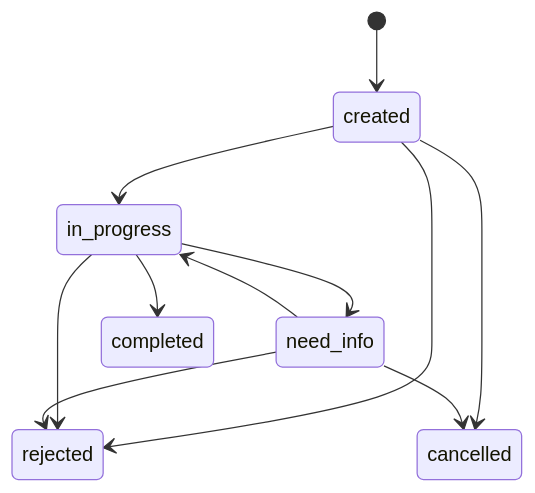
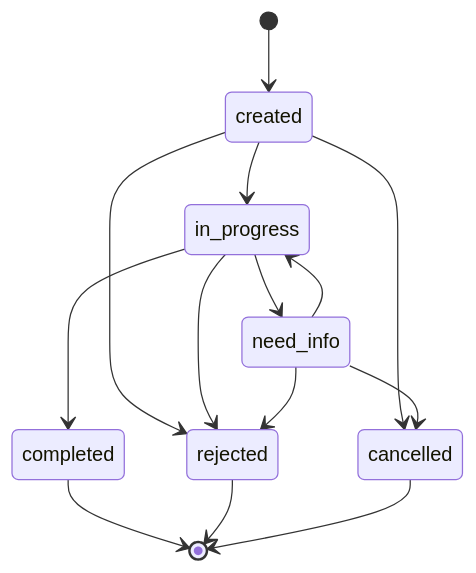
Before and after one commit to alexeorg97-byte/system-analyst-portfolio: the fifth of 12 diagrams in migrationos/04_data-model/status-models.md, drawn with Mermaid. The commit also changed other lines of this file, not shown here.

````diff
--- a/migrationos/04_data-model/status-models.md
+++ b/migrationos/04_data-model/status-models.md
@@ -295,13 +298,16 @@
 ```mermaid
 stateDiagram-v2
     [*] --> created
     created --> in_progress
     created --> rejected
     created --> cancelled
     in_progress --> need_info
     need_info --> in_progress
     in_progress --> completed
     in_progress --> rejected
     need_info --> cancelled
     need_info --> rejected
+    completed --> [*]
+    rejected --> [*]
+    cancelled --> [*]
 ```
````
